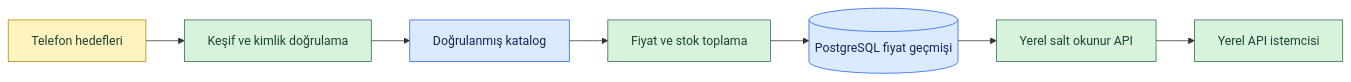
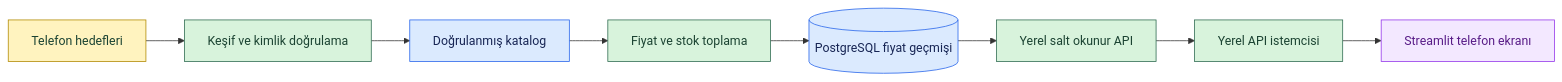
The first of 2 diagrams in README.md (Emir-Ars/Urun-indirim-takip), drawn with Mermaid before and after one commit. The commit also changed other lines of this file and 7 other files, not shown here.

Commit message:
Aşama 7.6: Streamlit telefon ekranını, fiyat grafiklerini ve yenilemeyi ekle

````diff
--- a/README.md
+++ b/README.md
@@ -37,15 +42,18 @@
 ```mermaid
 flowchart LR
     A["Telefon hedefleri"] --> B["Keşif ve kimlik doğrulama"]
     B --> C["Doğrulanmış katalog"]
     C --> D["Fiyat ve stok toplama"]
     D --> E[("PostgreSQL fiyat geçmişi")]
     E --> F["Yerel salt okunur API"]
     F --> G["Yerel API istemcisi"]
+    G --> H["Streamlit telefon ekranı"]
     classDef targets fill:#fff3bf,stroke:#b08900,color:#1b4332
     classDef processing fill:#d8f3dc,stroke:#2d6a4f,color:#1b4332
     classDef records fill:#dbeafe,stroke:#2563eb,color:#172554
+    classDef preview fill:#f3e8ff,stroke:#9333ea,color:#581c87
     class A targets
     class B,D,F,G processing
     class C,E records
+    class H preview
 ```
````
